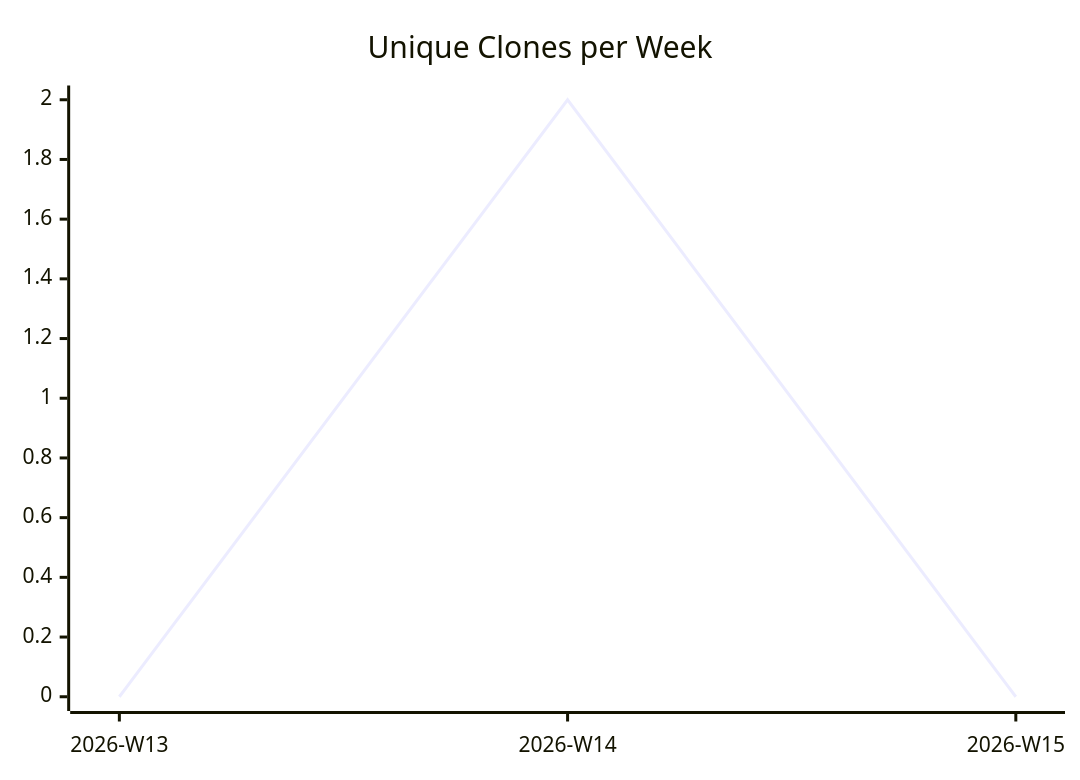
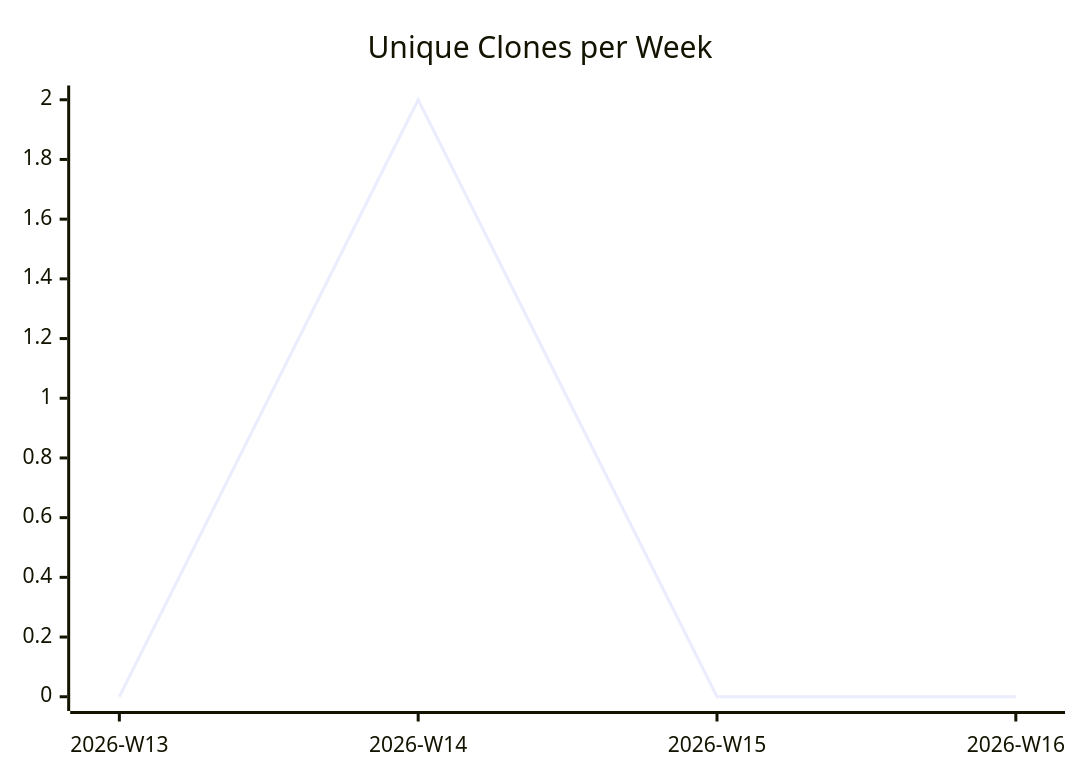
The third of 3 diagrams in karlmdavis/ldap-plugin/README.md (justdavis-family/github-analytics-data), drawn with Mermaid before and after one commit. The commit also changed other lines of this file and 173 other files, not shown here.

````diff
--- a/karlmdavis/ldap-plugin/README.md
+++ b/karlmdavis/ldap-plugin/README.md
@@ -19,6 +19,6 @@
 ```mermaid
 xychart-beta
   title "Unique Clones per Week"
-  x-axis ["2026-W13", "2026-W14", "2026-W15"]
-  line [0, 2, 0]
+  x-axis ["2026-W13", "2026-W14", "2026-W15", "2026-W16"]
+  line [0, 2, 0, 0]
 ```
````
